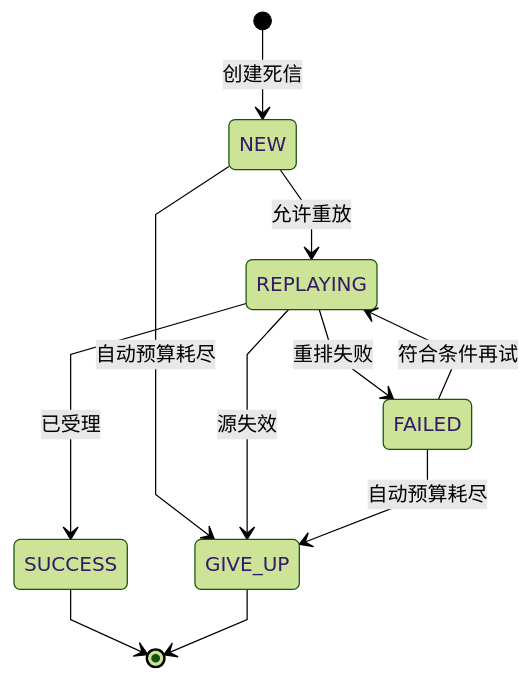
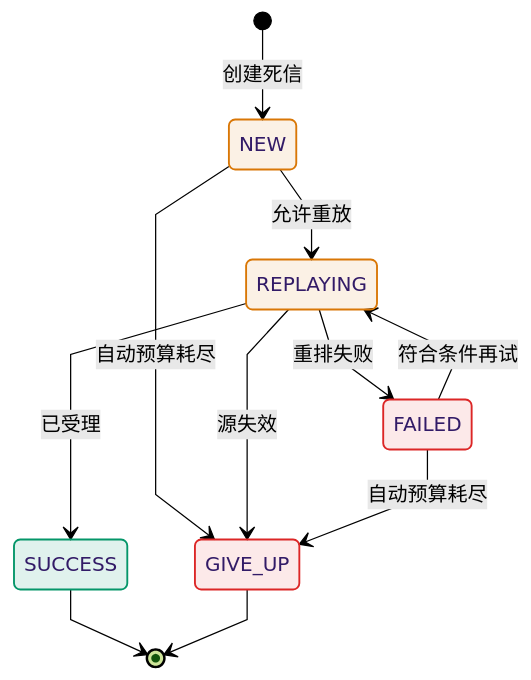
One commit to pinpols/file-batch-system changed the seventh of 23 diagrams in docs/architecture/system-flow-overview.md. Above: the diagram before and after it, drawn with Mermaid (forest theme). The commit also changed other lines of this file and 34 other files, not shown here.

First line of the commit message:
docs(diagram): 完成 P3 Mermaid 图样式收口并补充制图规范 (#1390)

````diff
--- a/docs/architecture/system-flow-overview.md
+++ b/docs/architecture/system-flow-overview.md
@@ -271,15 +280,21 @@
 ```mermaid
 %%{init: {"flowchart":{"curve":"linear","nodeSpacing":32,"rankSpacing":48},"sequence":{"mirrorActors":false}}}%%
 stateDiagram-v2
   direction TB
   [*] --> NEW: 创建死信
   NEW --> REPLAYING: 允许重放
   NEW --> GIVE_UP: 自动预算耗尽
   REPLAYING --> SUCCESS: 已受理
   REPLAYING --> FAILED: 重排失败
   REPLAYING --> GIVE_UP: 源失效
   FAILED --> REPLAYING: 符合条件再试
   FAILED --> GIVE_UP: 自动预算耗尽
   SUCCESS --> [*]
   GIVE_UP --> [*]
+  class SUCCESS ok
+  class FAILED,GIVE_UP fail
+  class NEW,REPLAYING wait
+  classDef ok fill:#0596691f,stroke:#059669,stroke-width:1.5px
+  classDef fail fill:#dc26261a,stroke:#dc2626,stroke-width:1.5px
+  classDef wait fill:#d977061a,stroke:#d97706,stroke-width:1.5px
 ```
````
